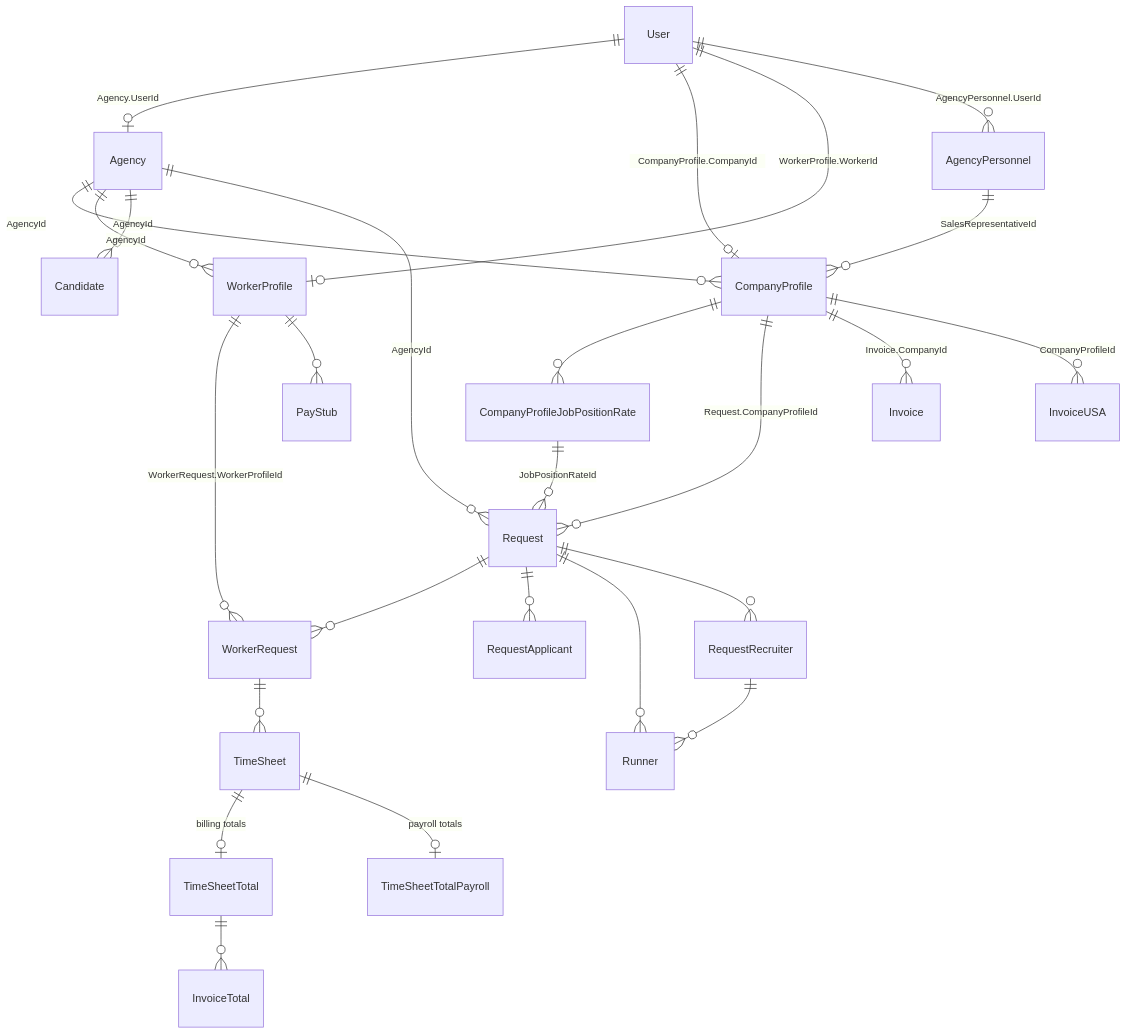
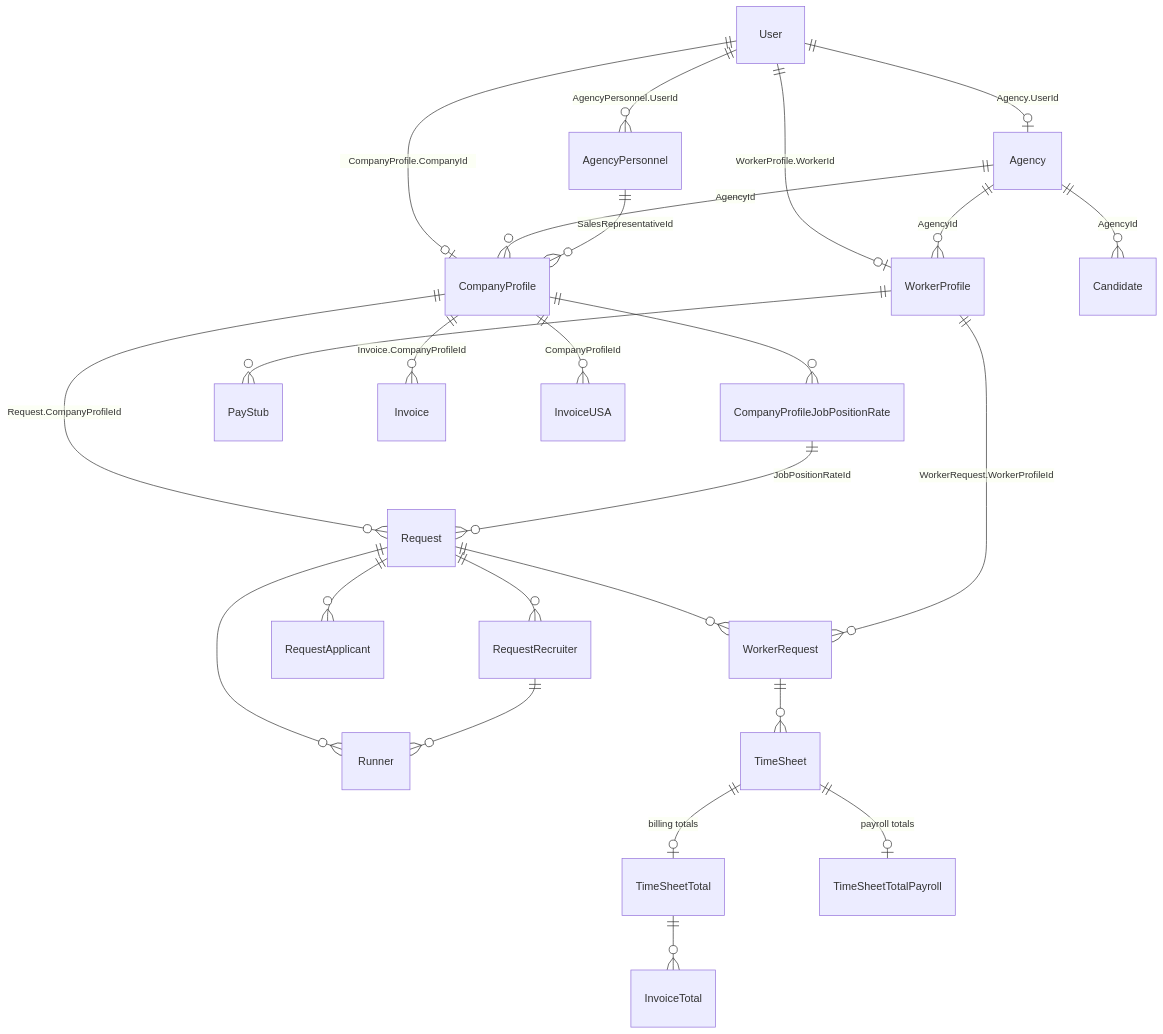
The diagram in .docs/technical/ENTITIES_RELATIONSHIPS.md (sigook/Applications), drawn with Mermaid before and after one commit. The commit also changed other lines of this file and 115 other files, not shown here.

````diff
--- a/.docs/technical/ENTITIES_RELATIONSHIPS.md
+++ b/.docs/technical/ENTITIES_RELATIONSHIPS.md
@@ -12,28 +12,27 @@
 ```mermaid
 erDiagram
     User ||--o| Agency : "Agency.UserId"
     User ||--o| CompanyProfile : "CompanyProfile.CompanyId"
     User ||--o| WorkerProfile : "WorkerProfile.WorkerId"
     User ||--o{ AgencyPersonnel : "AgencyPersonnel.UserId"
     Agency ||--o{ CompanyProfile : "AgencyId"
     Agency ||--o{ WorkerProfile : "AgencyId"
     Agency ||--o{ Candidate : "AgencyId"
-    Agency ||--o{ Request : "AgencyId"
     AgencyPersonnel ||--o{ CompanyProfile : "SalesRepresentativeId"
     CompanyProfile ||--o{ CompanyProfileJobPositionRate : ""
     CompanyProfile ||--o{ Request : "Request.CompanyProfileId"
     CompanyProfileJobPositionRate ||--o{ Request : "JobPositionRateId"
     Request ||--o{ WorkerRequest : ""
     Request ||--o{ RequestApplicant : ""
     Request ||--o{ Runner : ""
     Request ||--o{ RequestRecruiter : ""
     RequestRecruiter ||--o{ Runner : ""
     WorkerProfile ||--o{ WorkerRequest : "WorkerRequest.WorkerProfileId"
     WorkerRequest ||--o{ TimeSheet : ""
     TimeSheet ||--o| TimeSheetTotal : "billing totals"
     TimeSheet ||--o| TimeSheetTotalPayroll : "payroll totals"
     WorkerProfile ||--o{ PayStub : ""
-    CompanyProfile ||--o{ Invoice : "Invoice.CompanyId"
+    CompanyProfile ||--o{ Invoice : "Invoice.CompanyProfileId"
     CompanyProfile ||--o{ InvoiceUSA : "CompanyProfileId"
     TimeSheetTotal ||--o{ InvoiceTotal : ""
 ```
````
